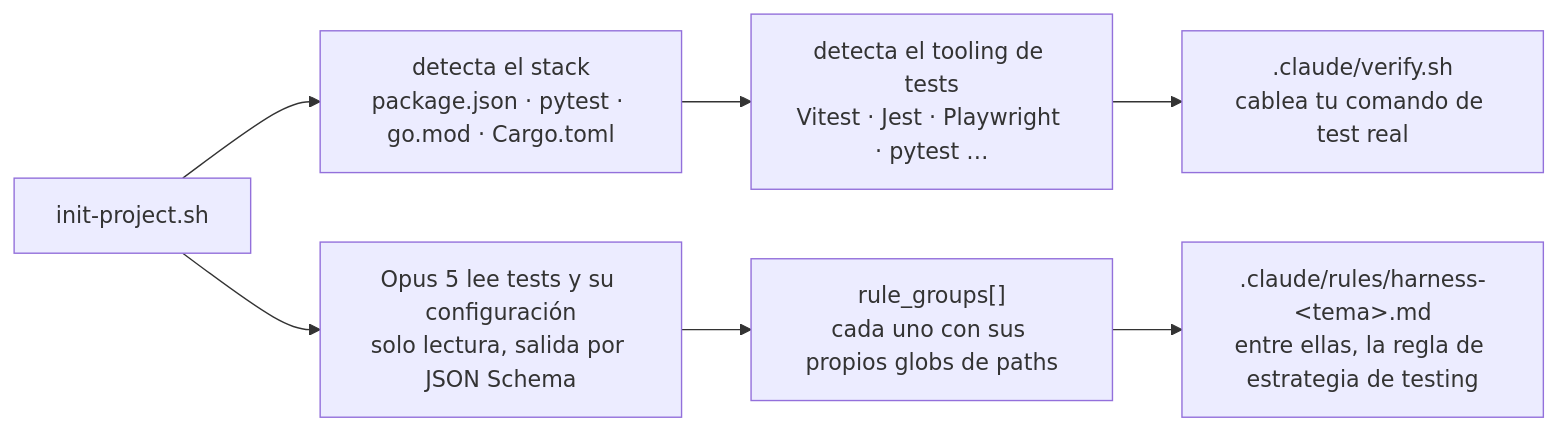
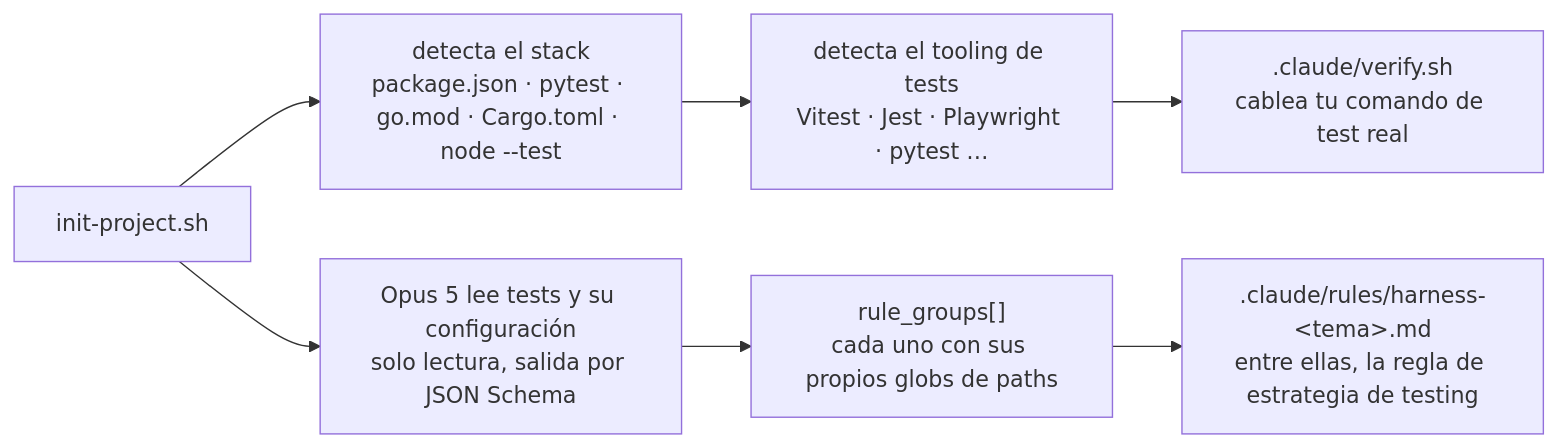
Before and after one commit to anegri93/claude-engineering-harness: the third of 4 diagrams in README.es.md, drawn with Mermaid. The commit also changed other lines of this file and 23 other files, not shown here.

````diff
--- a/README.es.md
+++ b/README.es.md
@@ -351,9 +351,9 @@
 ```mermaid
 flowchart LR
-    A["init-project.sh"] --> B["detecta el stack<br/>package.json · pytest · go.mod · Cargo.toml"]
+    A["init-project.sh"] --> B["detecta el stack<br/>package.json · pytest · go.mod · Cargo.toml · node --test"]
     B --> C["detecta el tooling de tests<br/>Vitest · Jest · Playwright · pytest …"]
     A --> D["Opus 5 lee tests y su configuración<br/>solo lectura, salida por JSON Schema"]
     D --> E["rule_groups[]<br/>cada uno con sus propios globs de paths"]
     E --> F[".claude/rules/harness-&lt;tema&gt;.md<br/>entre ellas, la regla de estrategia de testing"]
     C --> G[".claude/verify.sh<br/>cablea tu comando de test real"]
 ```
````
